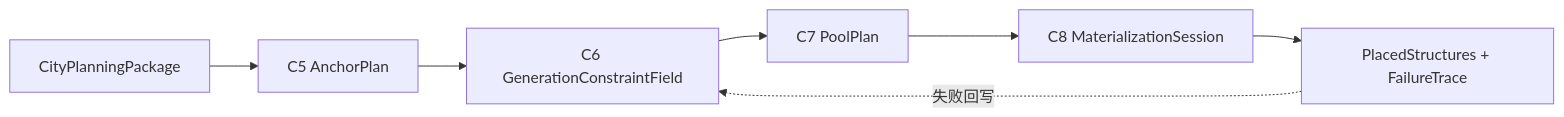
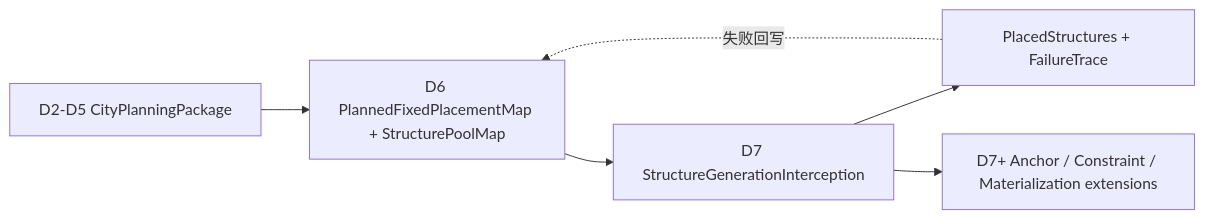
Before and after one commit to RinsingEL/designer_territoryMod: the diagram in docs/systems/city/10_product/过程设计/C5-C8结构落地交接过程.md, drawn with Mermaid. The commit also changed other lines of this file and 20 other files, not shown here.

````diff
--- a/docs/systems/city/10_product/过程设计/C5-C8结构落地交接过程.md
+++ b/docs/systems/city/10_product/过程设计/C5-C8结构落地交接过程.md
@@ -20,9 +29,8 @@
 ```mermaid
 flowchart LR
-  A["CityPlanningPackage"] --> B["C5 AnchorPlan"]
-  B --> C["C6 GenerationConstraintField"]
-  C --> D["C7 PoolPlan"]
-  D --> E["C8 MaterializationSession"]
-  E --> F["PlacedStructures + FailureTrace"]
-  F -. "失败回写" .-> C
+  A["D2-D5 CityPlanningPackage"] --> B["D6 PlannedFixedPlacementMap + StructurePoolMap"]
+  B --> C["D7 StructureGenerationInterception"]
+  C --> D["PlacedStructures + FailureTrace"]
+  D -. "失败回写" .-> B
+  C --> E["D7+ Anchor / Constraint / Materialization extensions"]
 ```
````
